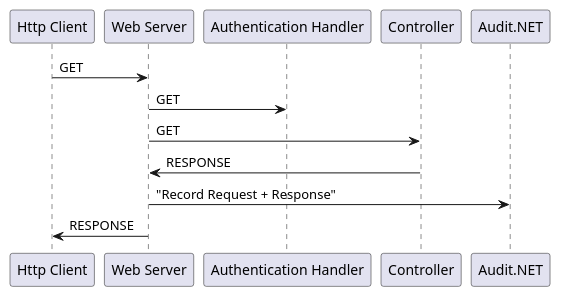
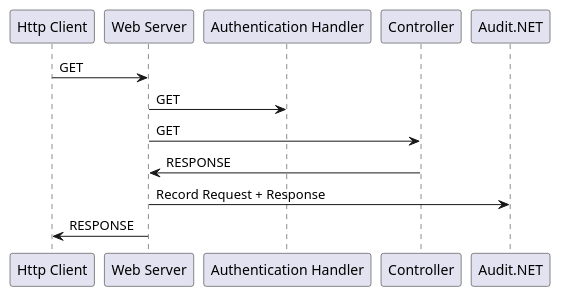
The first of 3 diagrams in src/docfx_project/index.md (dpvreony/whipstaff), drawn with PlantUML before and after one commit. The commit also changed other lines of this file, not shown here.

````diff
--- a/src/docfx_project/index.md
+++ b/src/docfx_project/index.md
@@ -21,10 +36,10 @@
 ```plantUml
 
 "Http Client" -> "Web Server" : GET
 "Web Server" -> "Authentication Handler" : GET
 "Web Server" -> "Controller" : GET
 "Controller" -> "Web Server" : RESPONSE
-"Web Server" -> "Audit.NET" : "Record Request + Response"
+"Web Server" -> "Audit.NET" : Record Request + Response
 "Web Server" -> "Http Client" : RESPONSE
 
 ```
````
